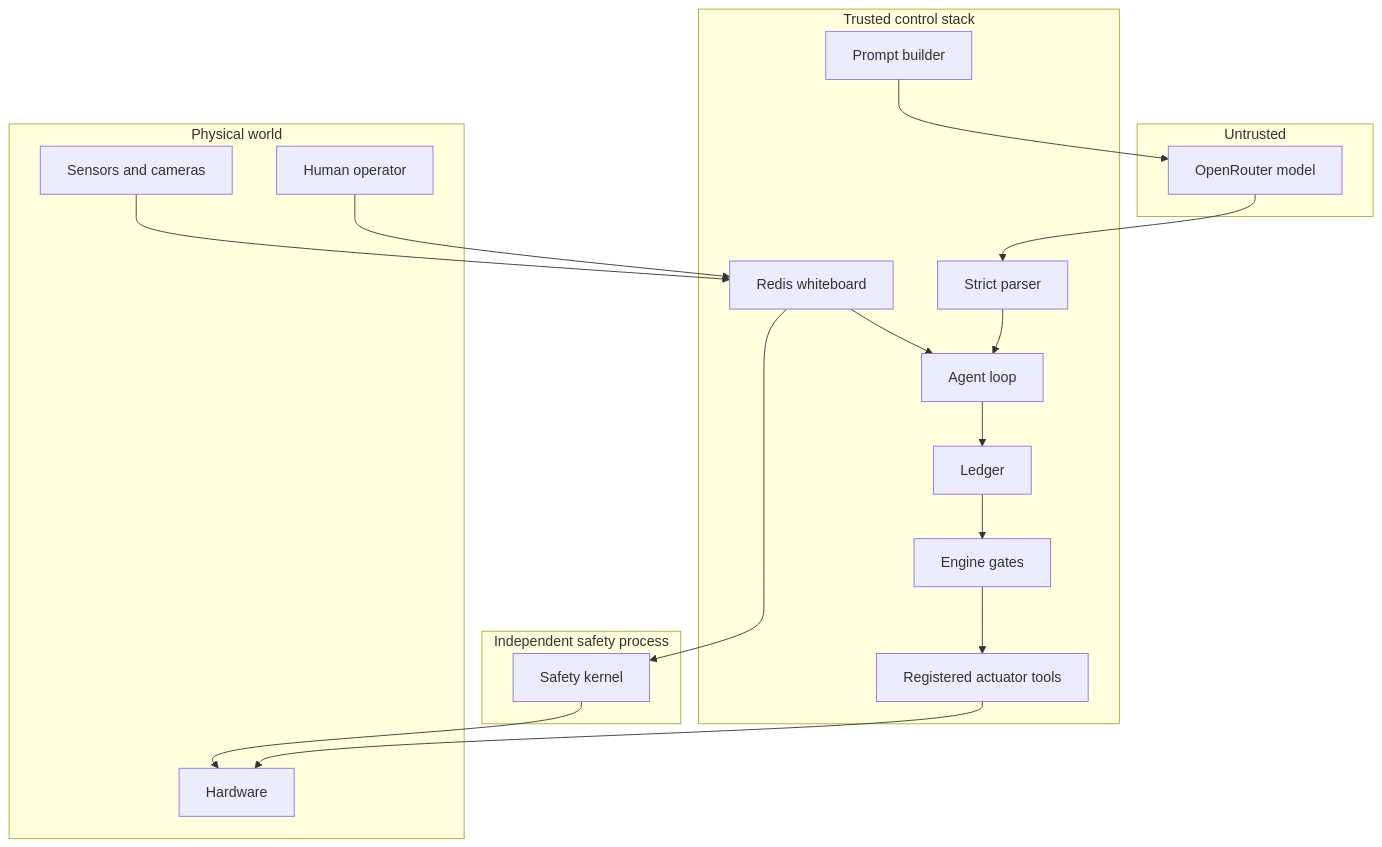
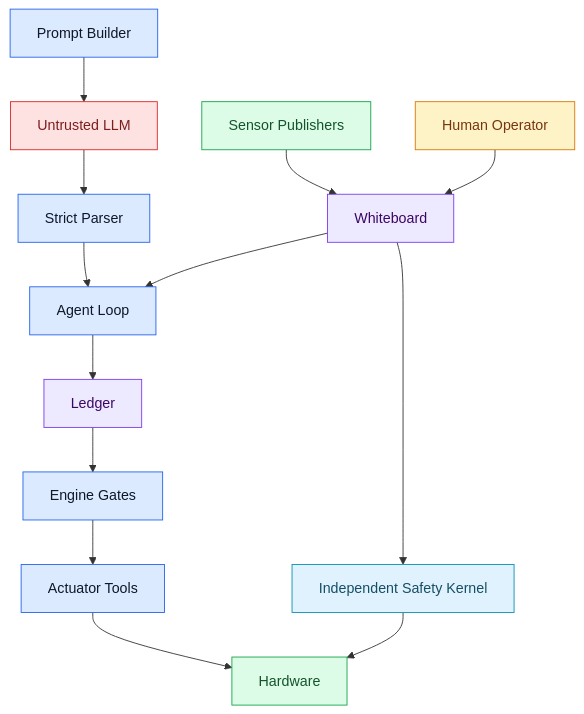
One commit to anieyrudh/Wallee changed the seventh of 7 diagrams in ARCHITECTURE.md. Above: the diagram before and after it, drawn with Mermaid. The commit also changed other lines of this file and 23 other files, not shown here.

````diff
--- a/ARCHITECTURE.md
+++ b/ARCHITECTURE.md
@@ -529,36 +474,55 @@
 ```mermaid
+%%{init: {'theme':'base','themeVariables': {
+  'primaryColor':'#dbeafe',
+  'primaryTextColor':'#0f172a',
+  'primaryBorderColor':'#2563eb',
+  'secondaryColor':'#dcfce7',
+  'secondaryTextColor':'#14532d',
+  'secondaryBorderColor':'#16a34a',
+  'tertiaryColor':'#fef3c7',
+  'tertiaryTextColor':'#78350f',
+  'tertiaryBorderColor':'#d97706',
+  'lineColor':'#475569',
+  'fontSize':'14px'
+}}%%
 flowchart TB
-    subgraph Untrusted["Untrusted"]
-        LLM["OpenRouter model"]
-    end
-    subgraph Trusted["Trusted control stack"]
-        Prompt["Prompt builder"]
-        Parser["Strict parser"]
-        Agent["Agent loop"]
-        Ledger["Ledger"]
-        Engine["Engine gates"]
-        Tools["Registered actuator tools"]
-        WB["Redis whiteboard"]
-    end
-    subgraph Safety["Independent safety process"]
-        Kernel["Safety kernel"]
-    end
-    subgraph Physical["Physical world"]
-        Machine["Hardware"]
-        Sensors["Sensors and cameras"]
-        Human["Human operator"]
-    end
+    LLM["Untrusted LLM"]
+    PROMPT["Prompt Builder"]
+    PARSER["Strict Parser"]
+    AGENT["Agent Loop"]
+    LEDGER["Ledger"]
+    ENGINE["Engine Gates"]
+    TOOLS["Actuator Tools"]
+    WB["Whiteboard"]
+    SAFETY["Independent Safety Kernel"]
+    HW["Hardware"]
+    SENS["Sensor Publishers"]
+    HUMAN["Human Operator"]
 
-    Prompt --> LLM
-    LLM --> Parser
-    Parser --> Agent
-    Agent --> Ledger
-    Ledger --> Engine
-    Engine --> Tools
-    Tools --> Machine
-    Sensors --> WB
-    Human --> WB
-    WB --> Agent
-    WB --> Kernel
-    Kernel --> Machine
+    PROMPT --> LLM
+    LLM --> PARSER
+    PARSER --> AGENT
+    AGENT --> LEDGER
+    LEDGER --> ENGINE
+    ENGINE --> TOOLS
+    TOOLS --> HW
+    SENS --> WB
+    HUMAN --> WB
+    WB --> AGENT
+    WB --> SAFETY
+    SAFETY --> HW
+
+    class LLM untrusted
+    class PROMPT,PARSER,AGENT,ENGINE,TOOLS trusted
+    class LEDGER,WB state
+    class SAFETY safety
+    class HW,SENS hardware
+    class HUMAN human
+
+    classDef untrusted fill:#fee2e2,stroke:#dc2626,color:#7f1d1d
+    classDef trusted fill:#dbeafe,stroke:#2563eb,color:#0f172a
+    classDef state fill:#ede9fe,stroke:#7c3aed,color:#3b0764
+    classDef safety fill:#e0f2fe,stroke:#0891b2,color:#164e63
+    classDef hardware fill:#dcfce7,stroke:#16a34a,color:#14532d
+    classDef human fill:#fef3c7,stroke:#d97706,color:#78350f
 ```
````
